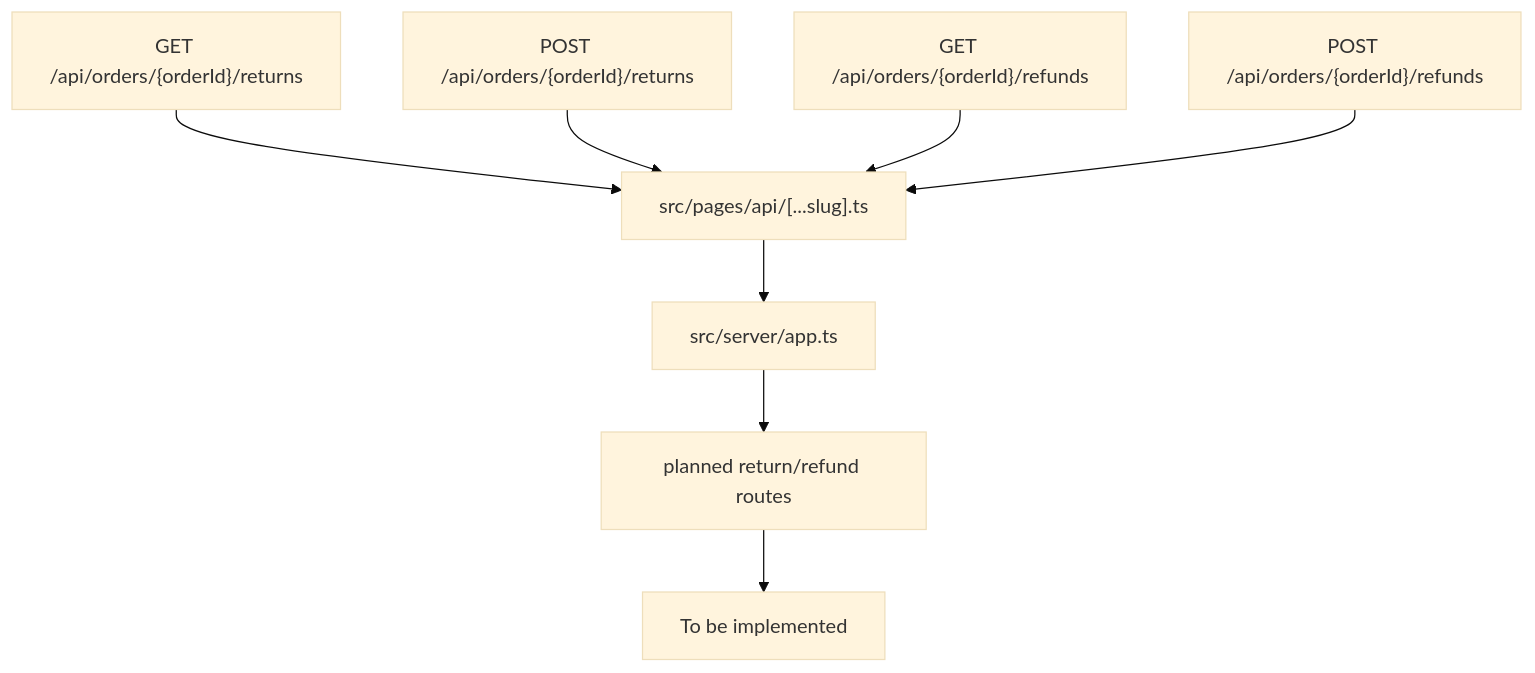
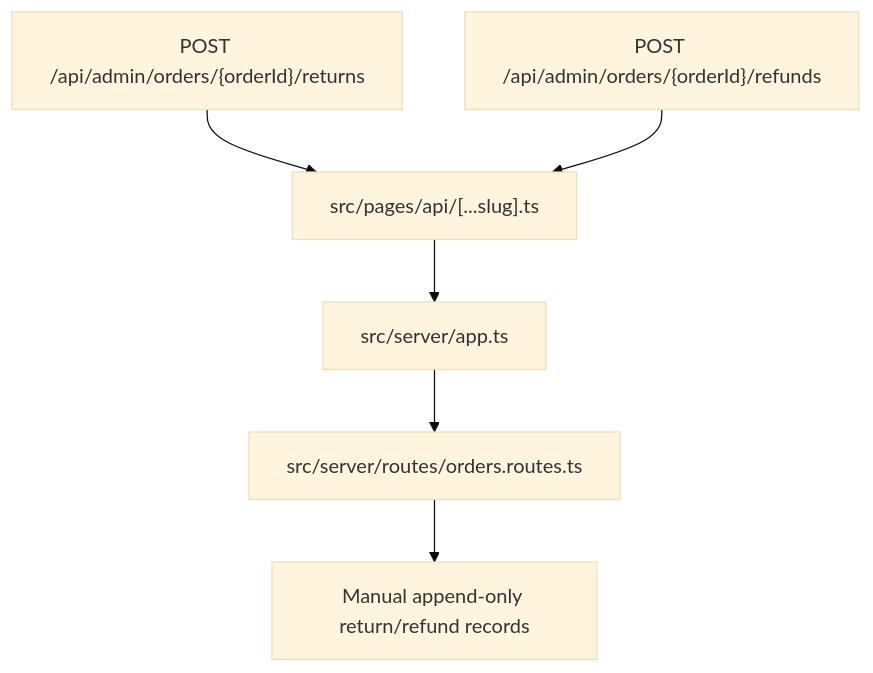
Diagram 20 of 21 in docs/api-file-flow.md (JeroTan/jrw-webapp), drawn with Mermaid (base theme) before and after one commit. The commit also changed other lines of this file and 4 other files, not shown here.

````diff
--- a/docs/api-file-flow.md
+++ b/docs/api-file-flow.md
@@ -347,10 +349,8 @@
 ```mermaid
 flowchart TD
-  A["GET /api/orders/{orderId}/returns"] --> X["src/pages/api/[...slug].ts"]
-  B["POST /api/orders/{orderId}/returns"] --> X
-  C["GET /api/orders/{orderId}/refunds"] --> X
-  D["POST /api/orders/{orderId}/refunds"] --> X
+  A["POST /api/admin/orders/{orderId}/returns"] --> X["src/pages/api/[...slug].ts"]
+  B["POST /api/admin/orders/{orderId}/refunds"] --> X
   X --> Y["src/server/app.ts"]
-  Y --> Z["planned return/refund routes"]
-  Z --> T["To be implemented"]
+  Y --> Z["src/server/routes/orders.routes.ts"]
+  Z --> T["Manual append-only return/refund records"]
 ```
````
